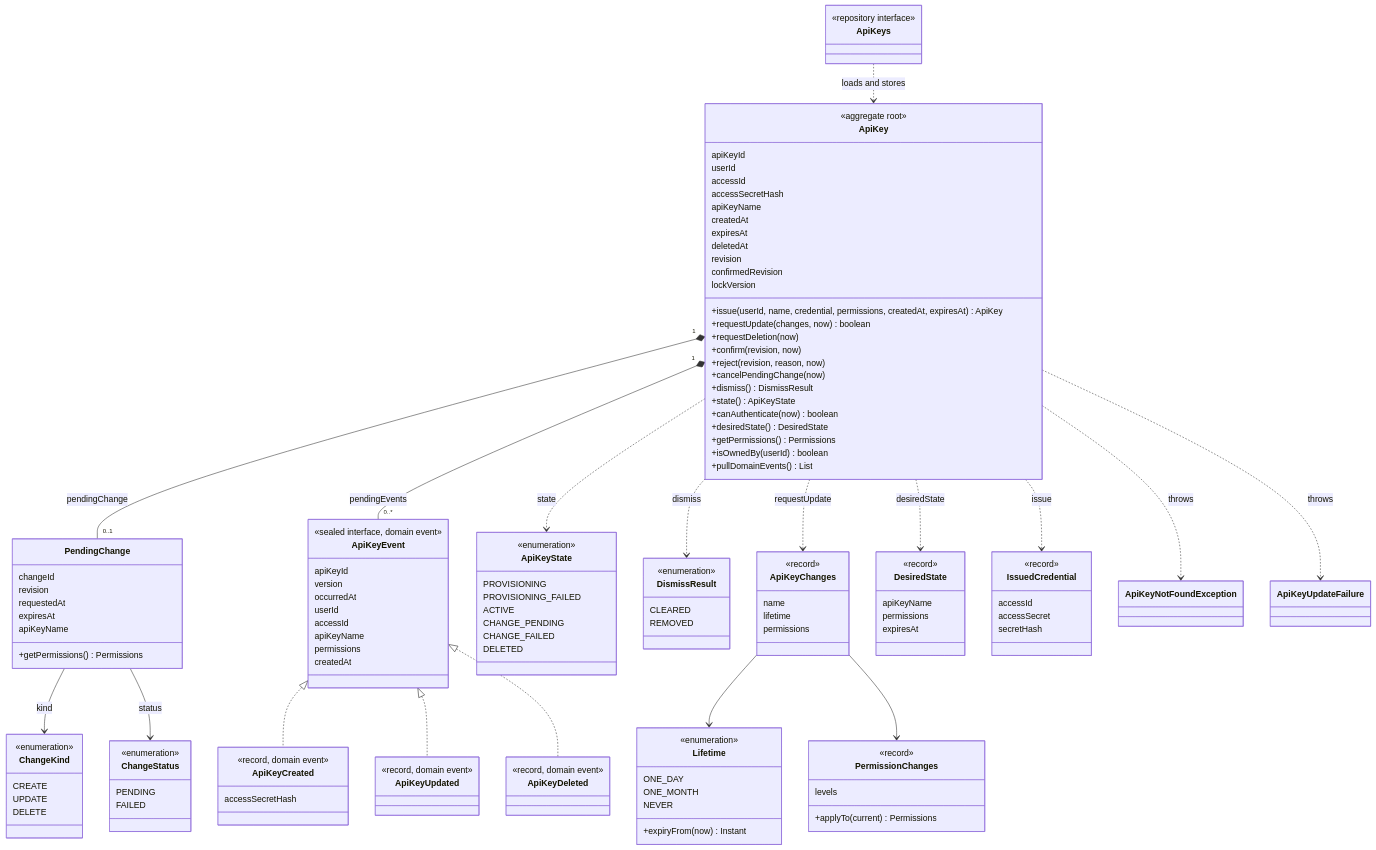
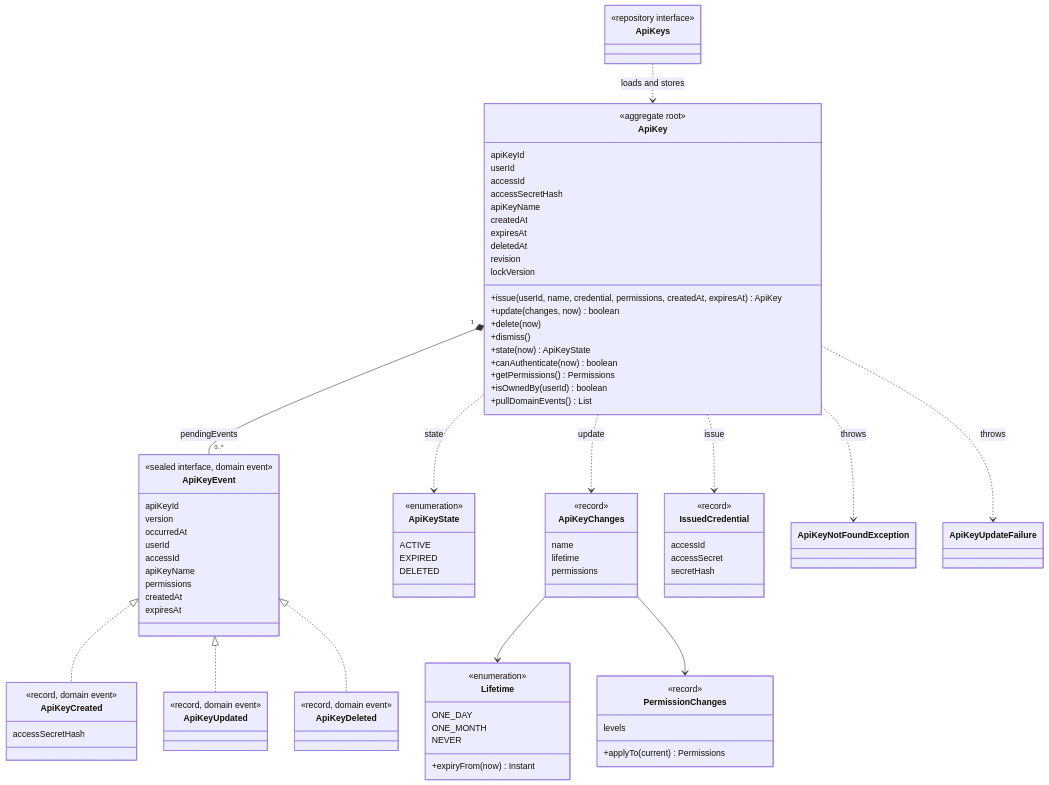
Before and after one commit to Dhiren9939/HQ-Tier0: the second of 14 diagrams in docs/access-context.md, drawn with Mermaid. The commit also changed other lines of this file and 53 other files, not shown here.

First line of the commit message:
refactor(access): drop the confirm/reject handshake and apply every change at once

```diff
--- a/docs/access-context.md
+++ b/docs/access-context.md
@@ -329,18 +296,13 @@
         expiresAt
         deletedAt
         revision
-        confirmedRevision
         lockVersion
         +issue(userId, name, credential, permissions, createdAt, expiresAt) ApiKey
-        +requestUpdate(changes, now) boolean
-        +requestDeletion(now)
-        +confirm(revision, now)
-        +reject(revision, reason, now)
-        +cancelPendingChange(now)
-        +dismiss() DismissResult
-        +state() ApiKeyState
+        +update(changes, now) boolean
+        +delete(now)
+        +dismiss()
+        +state(now) ApiKeyState
         +canAuthenticate(now) boolean
-        +desiredState() DesiredState
         +getPermissions() Permissions
         +isOwnedBy(userId) boolean
         +pullDomainEvents() List
@@ -355,6 +317,7 @@
         apiKeyName
         permissions
         createdAt
+        expiresAt
     }
     class ApiKeyCreated {
         <<record, domain event>>
@@ -366,38 +329,11 @@
     class ApiKeyDeleted {
         <<record, domain event>>
     }
-    class PendingChange {
-        changeId
-        revision
-        requestedAt
-        expiresAt
-        apiKeyName
-        +getPermissions() Permissions
-    }
-    class ChangeKind {
-        <<enumeration>>
-        CREATE
-        UPDATE
-        DELETE
-    }
-    class ChangeStatus {
-        <<enumeration>>
-        PENDING
-        FAILED
-    }
     class ApiKeyState {
         <<enumeration>>
-        PROVISIONING
-        PROVISIONING_FAILED
         ACTIVE
-        CHANGE_PENDING
-        CHANGE_FAILED
+        EXPIRED
         DELETED
-    }
-    class DismissResult {
-        <<enumeration>>
-        CLEARED
-        REMOVED
     }
     class Lifetime {
         <<enumeration>>
@@ -417,12 +353,6 @@
         levels
         +applyTo(current) Permissions
     }
-    class DesiredState {
-        <<record>>
-        apiKeyName
-        permissions
-        expiresAt
-    }
     class IssuedCredential {
         <<record>>
         accessId
@@ -435,18 +365,13 @@
         <<repository interface>>
     }
 
-    ApiKey "1" *-- "0..1" PendingChange : pendingChange
     ApiKey "1" *-- "0..*" ApiKeyEvent : pendingEvents
     ApiKeyEvent <|.. ApiKeyCreated
     ApiKeyEvent <|.. ApiKeyUpdated
     ApiKeyEvent <|.. ApiKeyDeleted
-    PendingChange --> ChangeKind : kind
-    PendingChange --> ChangeStatus : status
     ApiKeys ..> ApiKey : loads and stores
     ApiKey ..> ApiKeyState : state
-    ApiKey ..> DismissResult : dismiss
-    ApiKey ..> DesiredState : desiredState
-    ApiKey ..> ApiKeyChanges : requestUpdate
+    ApiKey ..> ApiKeyChanges : update
     ApiKey ..> IssuedCredential : issue
     ApiKeyChanges --> Lifetime
     ApiKeyChanges --> PermissionChanges
```
